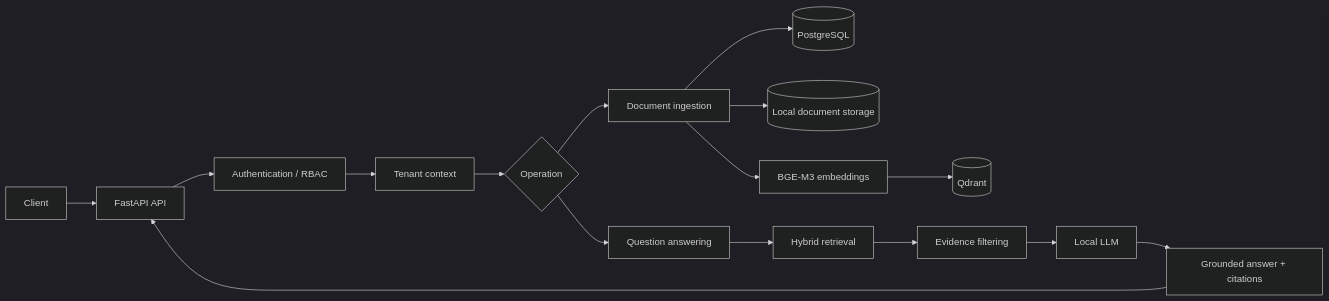
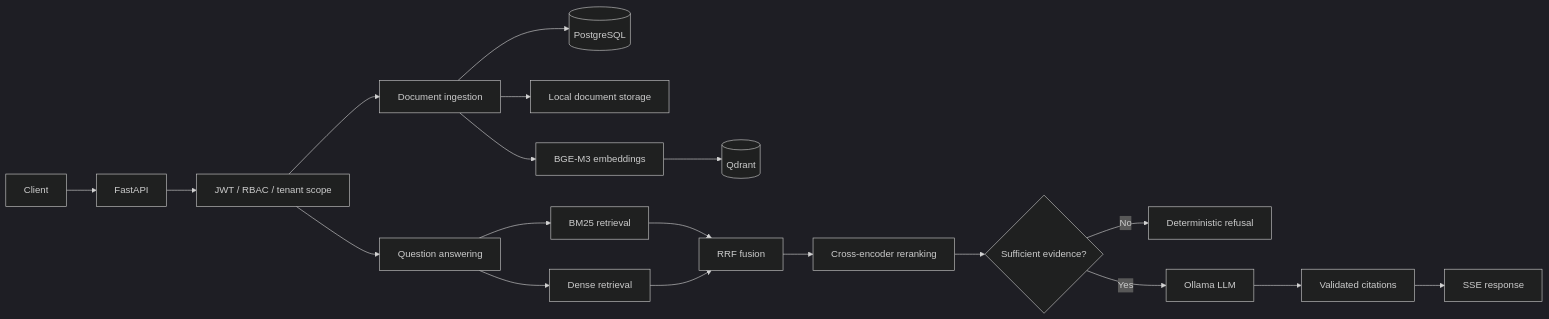
Before and after one commit to Sujeet-Kona/NEXORA: the diagram in README.md, drawn with Mermaid (dark theme). The commit also changed other lines of this file, not shown here.

````diff
--- a/README.md
+++ b/README.md
@@ -19,21 +23,21 @@
-```mermaid
+~~~mermaid
 flowchart LR
-    U[Client] --> API[FastAPI API]
-    API --> SEC[Authentication / RBAC]
-    SEC --> TENANT[Tenant context]
-    TENANT --> OP{Operation}
-
-    OP --> ING[Document ingestion]
-    OP --> QA[Question answering]
-
-    ING --> PG[(PostgreSQL)]
-    ING --> STORE[(Local document storage)]
-    ING --> EMB[BGE-M3 embeddings]
+    CLIENT[Client] --> API[FastAPI]
+    API --> AUTH[JWT / RBAC / tenant scope]
+    AUTH --> INGEST[Document ingestion]
+    AUTH --> QUERY[Question answering]
+    INGEST --> PG[(PostgreSQL)]
+    INGEST --> FILES[Local document storage]
+    INGEST --> EMB[BGE-M3 embeddings]
     EMB --> QD[(Qdrant)]
-
-    QA --> RET[Hybrid retrieval]
-    RET --> EVID[Evidence filtering]
-    EVID --> GEN[Local LLM]
-    GEN --> OUT[Grounded answer + citations]
-    OUT --> API
-```
+    QUERY --> BM25[BM25 retrieval]
+    QUERY --> DENSE[Dense retrieval]
+    BM25 --> RRF[RRF fusion]
+    DENSE --> RRF
+    RRF --> RERANK[Cross-encoder reranking]
+    RERANK --> GATE{Sufficient evidence?}
+    GATE -->|No| REFUSE[Deterministic refusal]
+    GATE -->|Yes| LLM[Ollama LLM]
+    LLM --> CITATIONS[Validated citations]
+    CITATIONS --> SSE[SSE response]
+~~~
````
